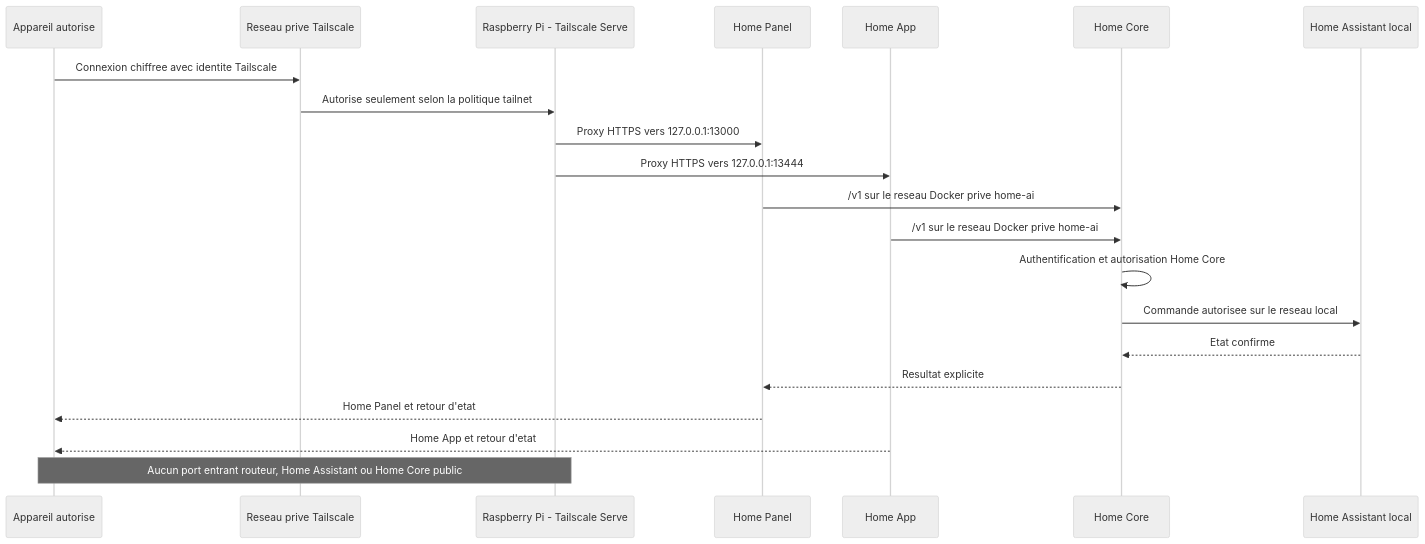
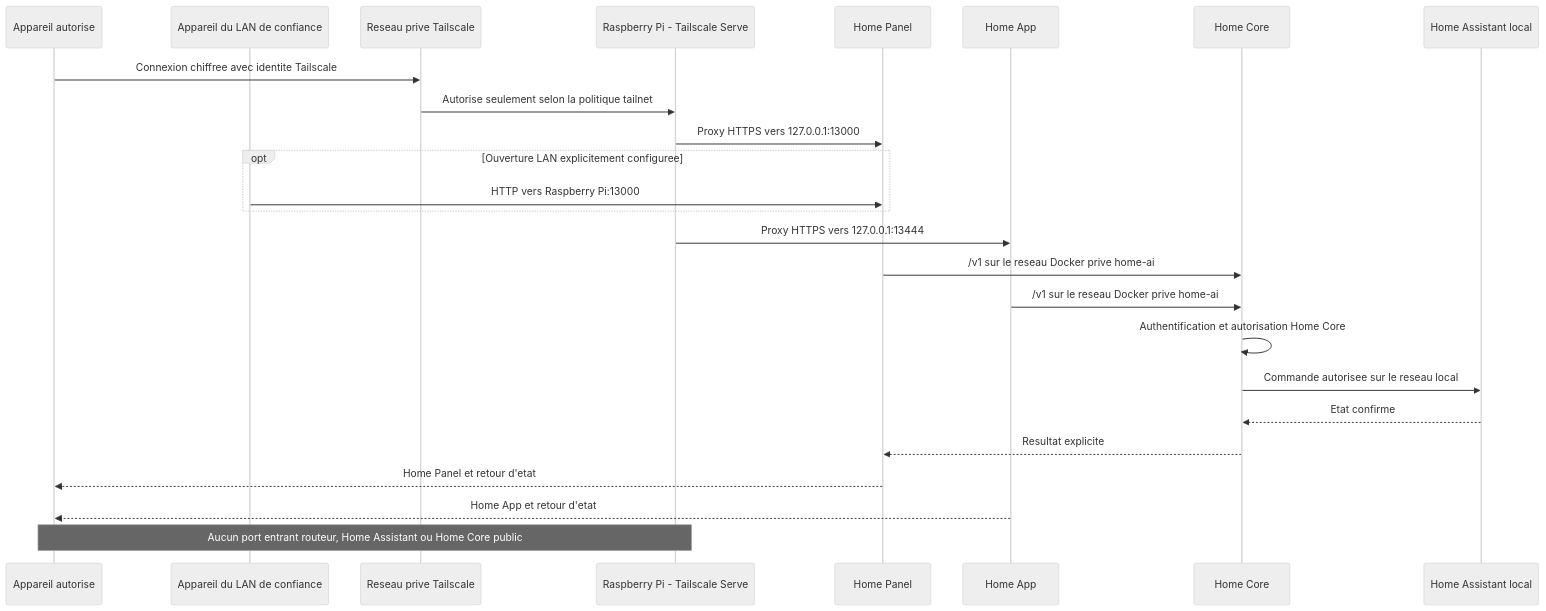
One commit to clementortiz134595/HOME-AI changed the diagram in poles/technique/home-core/diagrammes/sequence-acces-distant-tailscale.mmd. Above: the diagram before and after it, drawn with Mermaid (neutral theme). The commit also changed 6 other files, not shown here.

Commit message:
feat(deploy): ouvre le panel sur le LAN

```diff
--- a/poles/technique/home-core/diagrammes/sequence-acces-distant-tailscale.mmd
+++ b/poles/technique/home-core/diagrammes/sequence-acces-distant-tailscale.mmd
@@ -1,23 +1,28 @@
 sequenceDiagram
     participant device as Appareil autorise
+    participant lan as Appareil du LAN de confiance
     participant tailnet as Reseau prive Tailscale
     participant pi as Raspberry Pi - Tailscale Serve
     participant panel as Home Panel
     participant app as Home App
     participant core as Home Core
     participant ha as Home Assistant local
 
     device->>tailnet: Connexion chiffree avec identite Tailscale
     tailnet->>pi: Autorise seulement selon la politique tailnet
     pi->>panel: Proxy HTTPS vers 127.0.0.1:13000
+
+    opt Ouverture LAN explicitement configuree
+        lan->>panel: HTTP vers Raspberry Pi:13000
+    end
     pi->>app: Proxy HTTPS vers 127.0.0.1:13444
     panel->>core: /v1 sur le reseau Docker prive home-ai
     app->>core: /v1 sur le reseau Docker prive home-ai
     core->>core: Authentification et autorisation Home Core
     core->>ha: Commande autorisee sur le reseau local
     ha-->>core: Etat confirme
     core-->>panel: Resultat explicite
     panel-->>device: Home Panel et retour d'etat
     app-->>device: Home App et retour d'etat
 
     Note over device,pi: Aucun port entrant routeur, Home Assistant ou Home Core public
```
